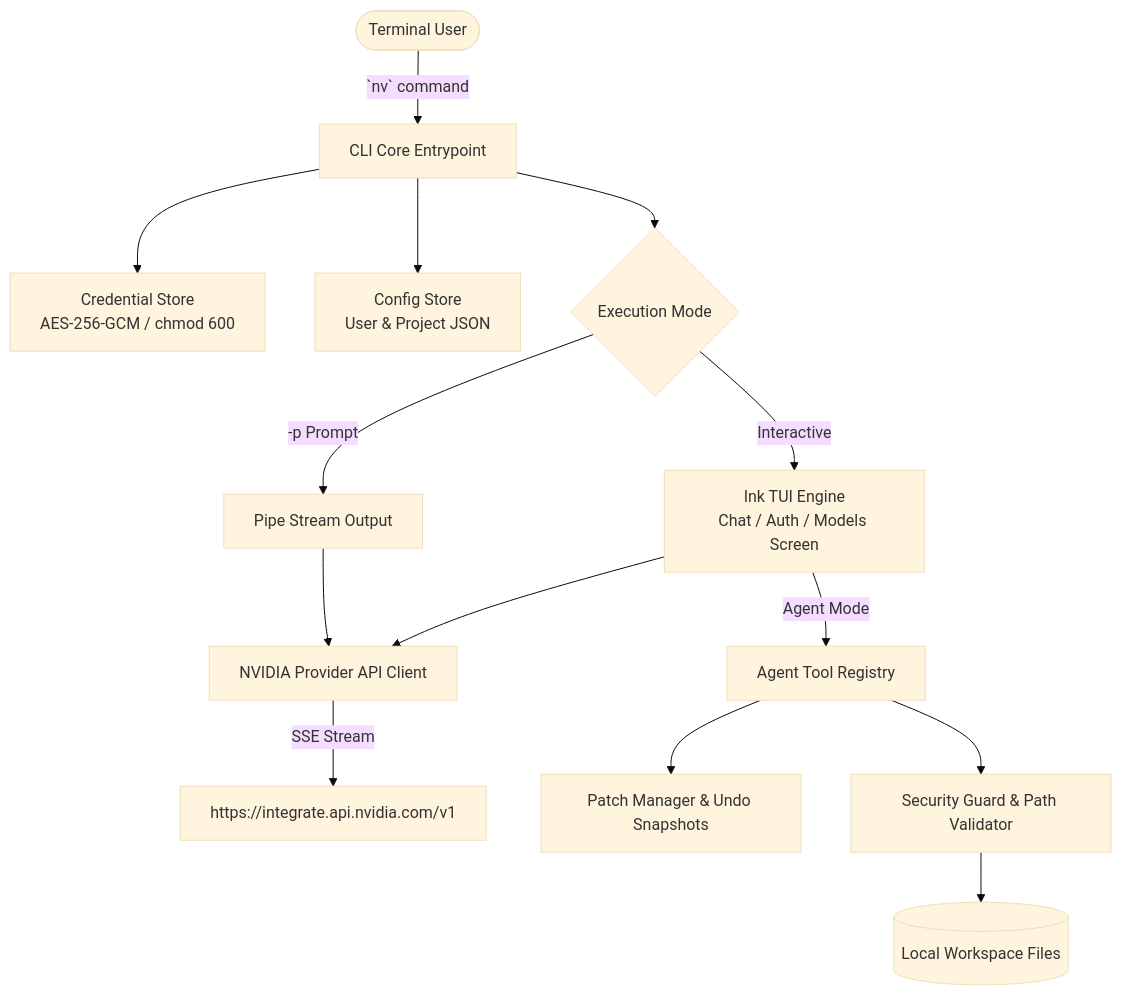
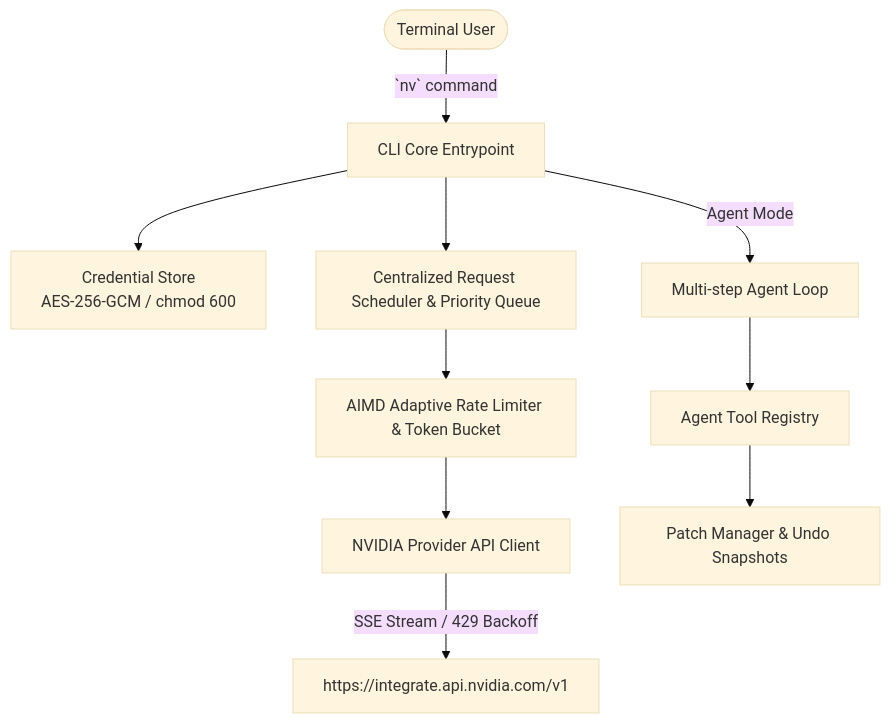
Before and after one commit to sangwookp9591/local-nv-llm: the diagram in README.md, drawn with Mermaid (base theme). The commit also changed other lines of this file and 18 other files, not shown here.

Commit message:
feat: implement Centralized Request Scheduler, AIMD Adaptive Rate Limiter and 429/503 retry handling

````diff
--- a/README.md
+++ b/README.md
@@ -54,18 +50,14 @@
 ```mermaid
 flowchart TD
     User([Terminal User]) -->|`nv` command| CLI[CLI Core Entrypoint]
     CLI --> Auth[Credential Store\nAES-256-GCM / chmod 600]
-    CLI --> Config[Config Store\nUser & Project JSON]
     
-    CLI --> Mode{Execution Mode}
-    Mode -->|Interactive| TUI[Ink TUI Engine\nChat / Auth / Models Screen]
-    Mode -->|-p Prompt| NonInteractive[Pipe Stream Output]
+    CLI --> Scheduler[Centralized Request Scheduler & Priority Queue]
+    Scheduler --> Limiter[AIMD Adaptive Rate Limiter & Token Bucket]
+    Limiter --> Provider[NVIDIA Provider API Client]
+    Provider -->|SSE Stream / 429 Backoff| API[https://integrate.api.nvidia.com/v1]
 
-    TUI & NonInteractive --> Provider[NVIDIA Provider API Client]
-    Provider -->|SSE Stream| API[https://integrate.api.nvidia.com/v1]
-
-    TUI -->|Agent Mode| Registry[Agent Tool Registry]
-    Registry --> PatchMgr[Patch Manager & Undo Snapshots]
-    Registry --> Guard[Security Guard & Path Validator]
-    Guard --> Worktree[(Local Workspace Files)]
+    CLI -->|Agent Mode| AgentLoop[Multi-step Agent Loop]
+    AgentLoop --> Tools[Agent Tool Registry]
+    Tools --> PatchMgr[Patch Manager & Undo Snapshots]
 ```
````
